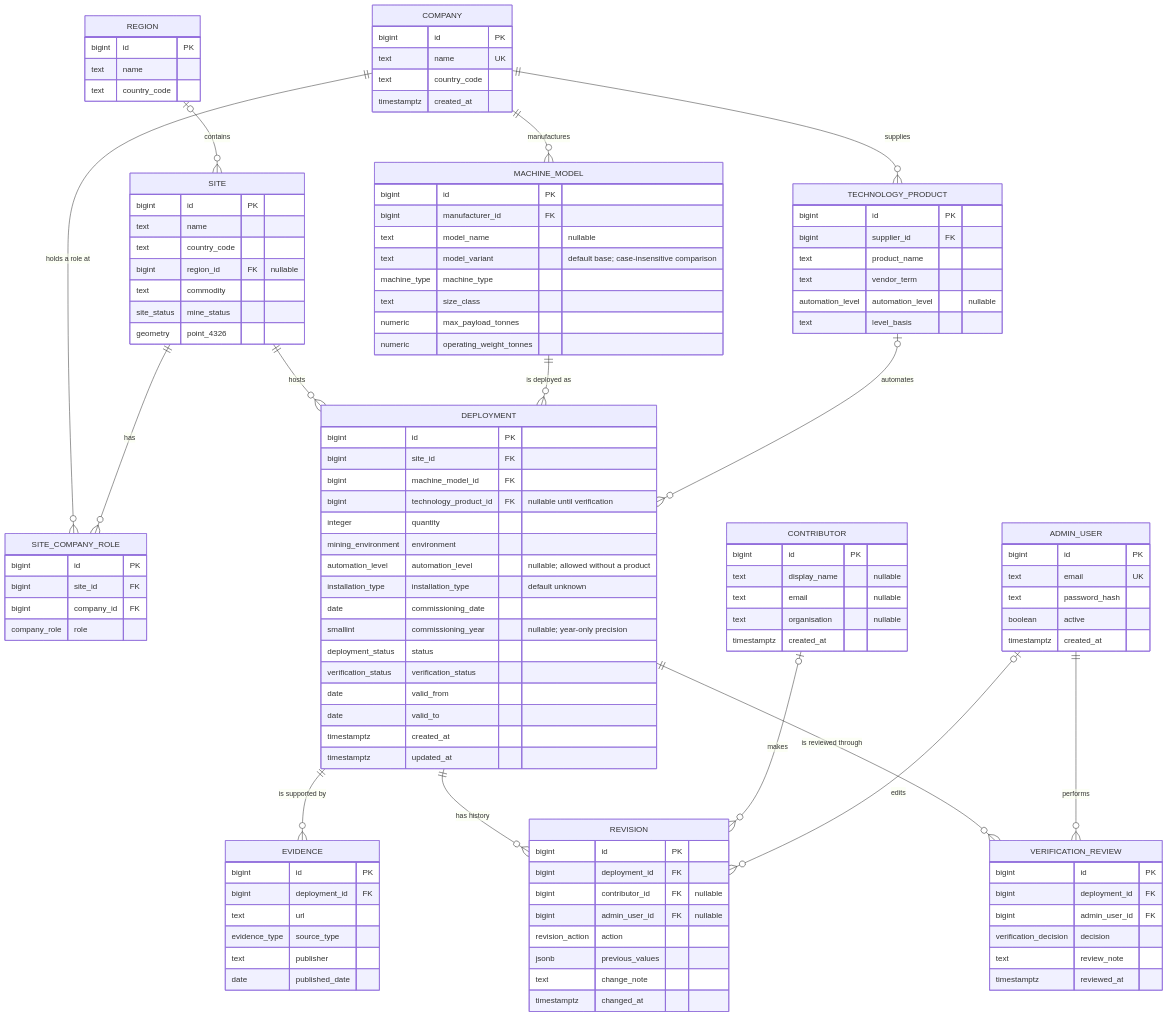
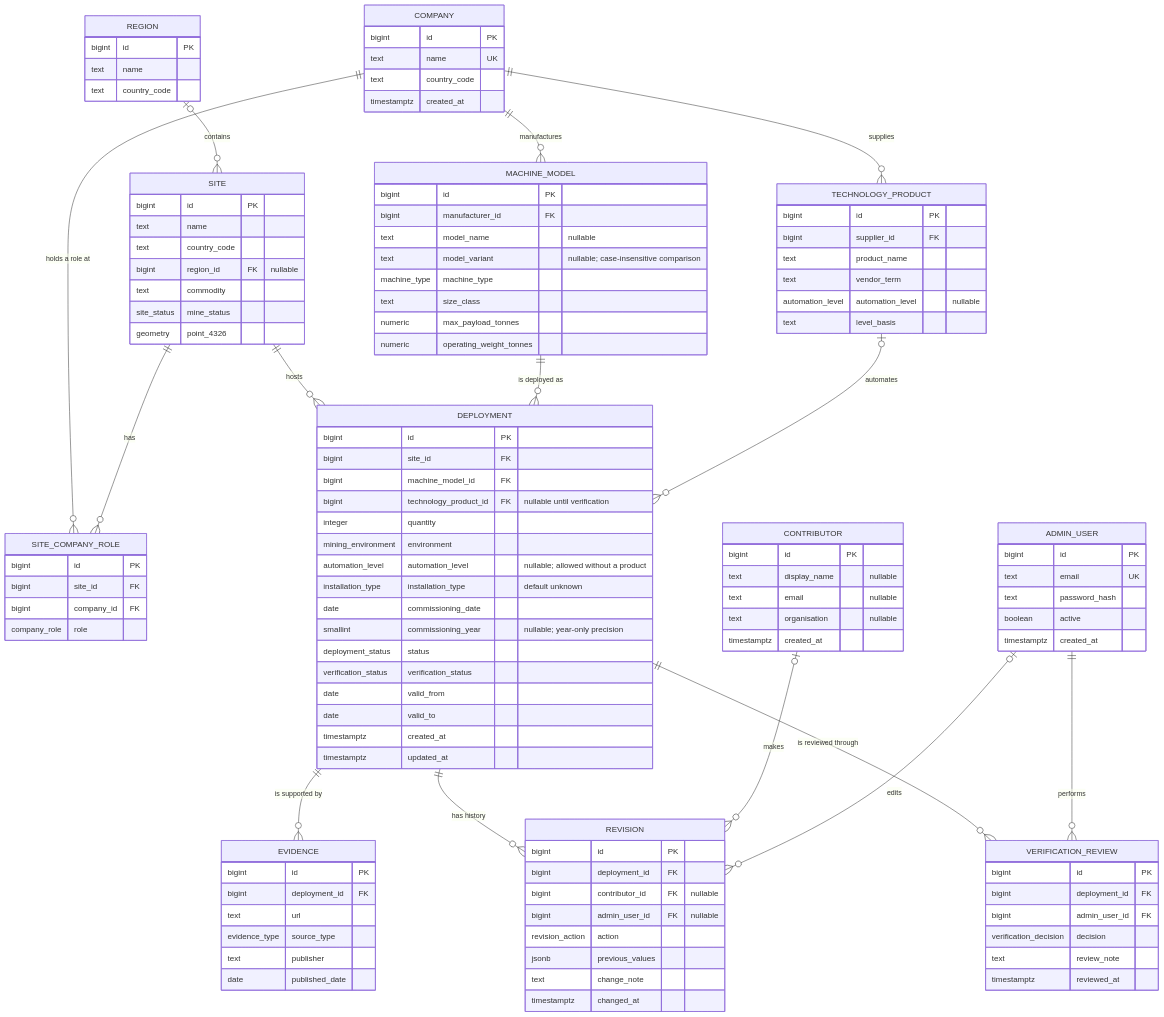
Before and after one commit to zinken7/capstone-group-5: the diagram in docs/database/ERD.md, drawn with Mermaid. The commit also changed other lines of this file, not shown here.

Commit message:
docs(platform): clarify machine model variant semantics

```diff
--- a/docs/database/ERD.md
+++ b/docs/database/ERD.md
@@ -62,7 +62,7 @@
         bigint id PK
         bigint manufacturer_id FK
         text model_name "nullable"
-        text model_variant "default base; case-insensitive comparison"
+        text model_variant "nullable; case-insensitive comparison"
         machine_type machine_type
         text size_class
         numeric max_payload_tonnes
```
